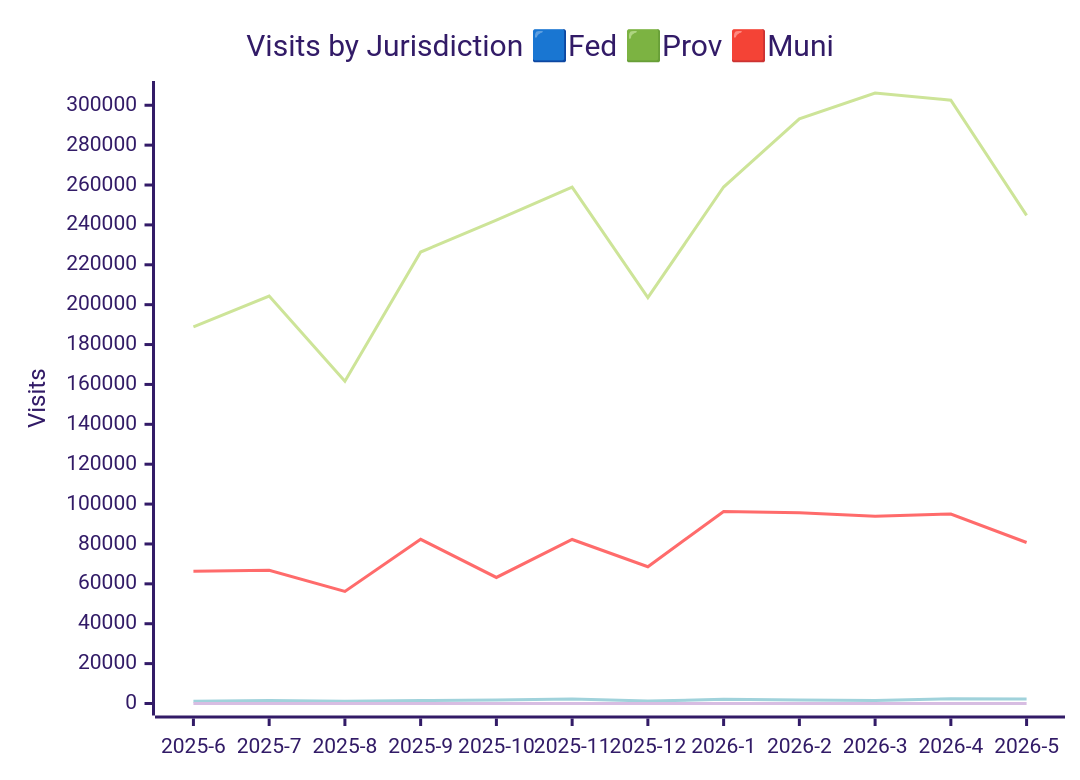
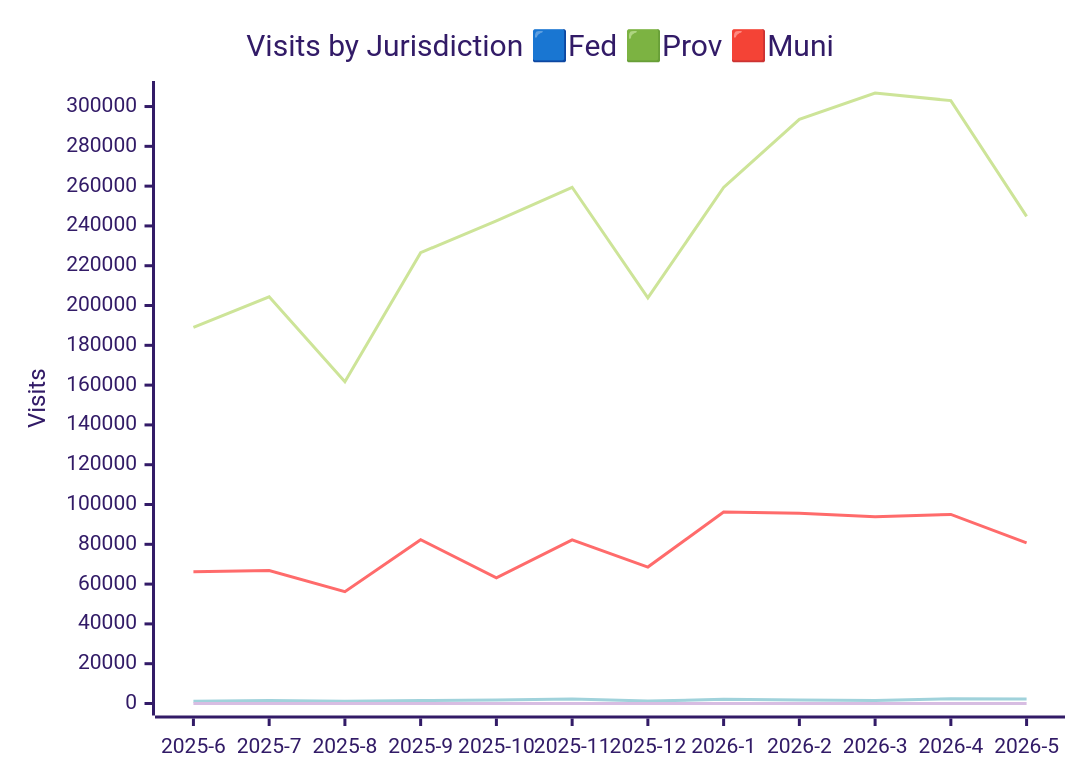
The second of 3 diagrams in JURISDICTION_ANALYTICS_REPORT/readme.md (PatLittle/analytics-corporate-reporting), drawn with Mermaid (forest theme) before and after one commit. The commit also changed other lines of this file and 2 other files, not shown here.

````diff
--- a/JURISDICTION_ANALYTICS_REPORT/readme.md
+++ b/JURISDICTION_ANALYTICS_REPORT/readme.md
@@ -28,11 +28,11 @@
 ```mermaid
 
 xychart-beta
     title "Visits by Jurisdiction 🟦Fed 🟩Prov 🟥Muni"
     x-axis [2025-6, 2025-7, 2025-8, 2025-9, 2025-10, 2025-11, 2025-12, 2026-1, 2026-2, 2026-3, 2026-4, 2026-5]
-    y-axis "Visits" 0 --> 306145
-    line [188895, 204292, 161653, 226400, 242354, 258921, 203518, 258996, 293156, 306135, 302511, 244808]
+    y-axis "Visits" 0 --> 306803
+    line [188975, 204377, 161682, 226564, 242542, 259432, 203815, 259344, 293560, 306793, 302975, 244808]
     line [66266, 66779, 56187, 82326, 63211, 82249, 68574, 96270, 95621, 93890, 95018, 80734]
     line [1160, 1451, 1187, 1472, 1717, 2282, 1200, 2113, 1718, 1475, 2389, 2241]
     line [0, 0, 0, 0, 13, 7, 27, 17, 19, 21, 9, 10]
 ```
````
